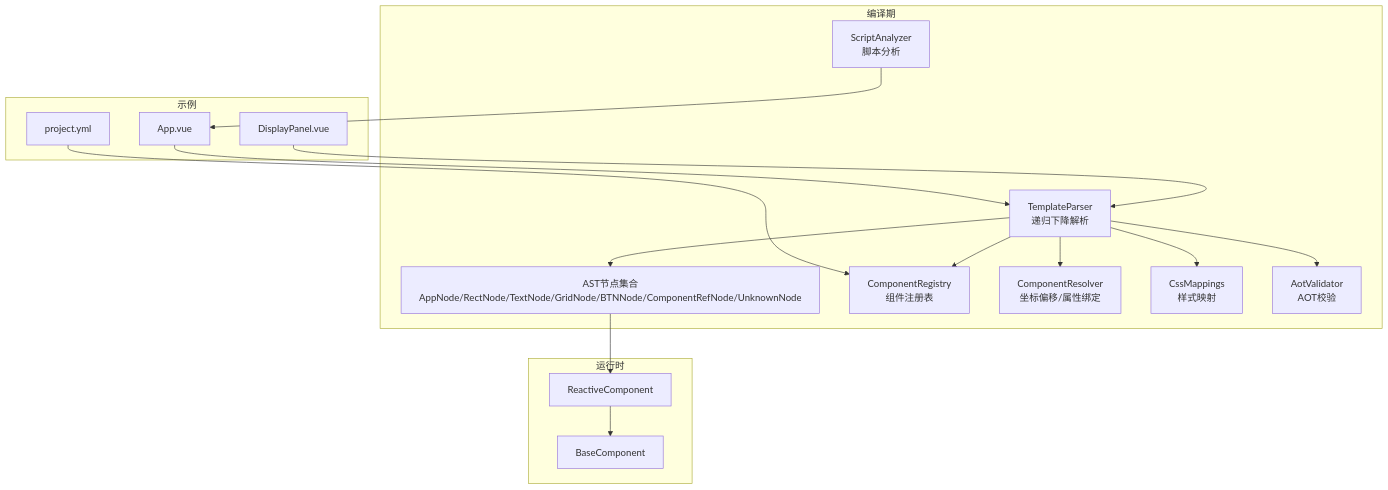
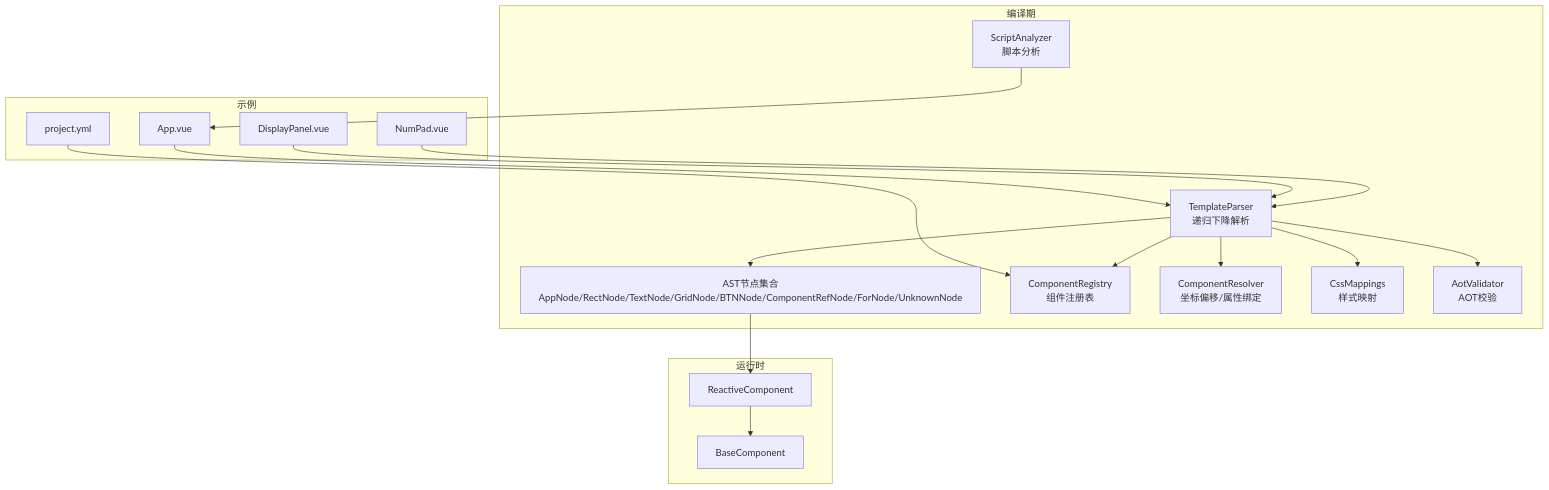
The first of 8 diagrams in .qoder/repowiki/zh/content/SFC编译器技术/模板解析器.md (xingye00186/PUI), drawn with Mermaid before and after one commit. The commit also changed other lines of this file and 10 other files, not shown here.

````diff
--- a/.qoder/repowiki/zh/content/SFC编译器技术/模板解析器.md
+++ b/.qoder/repowiki/zh/content/SFC编译器技术/模板解析器.md
@@ -46,32 +56,34 @@
 ```mermaid
 graph TB
 subgraph "编译期"
 TP["TemplateParser<br/>递归下降解析"]
-AR["AST节点集合<br/>AppNode/RectNode/TextNode/GridNode/BTNNode/ComponentRefNode/UnknownNode"]
+AR["AST节点集合<br/>AppNode/RectNode/TextNode/GridNode/BTNNode/ComponentRefNode/ForNode/UnknownNode"]
 CR["ComponentRegistry<br/>组件注册表"]
 RES["ComponentResolver<br/>坐标偏移/属性绑定"]
 CSS["CssMappings<br/>样式映射"]
 SA["ScriptAnalyzer<br/>脚本分析"]
 AV["AotValidator<br/>AOT校验"]
 end
 subgraph "示例"
 APP["App.vue"]
 DP["DisplayPanel.vue"]
+NP["NumPad.vue"]
 PY["project.yml"]
 end
 subgraph "运行时"
 BC["BaseComponent"]
 RC["ReactiveComponent"]
 end
 APP --> TP
 DP --> TP
+NP --> TP
 PY --> CR
 TP --> AR
 TP --> CSS
 TP --> CR
 TP --> RES
 SA --> APP
 TP --> AV
 AR --> RC
 RC --> BC
 ```
````
